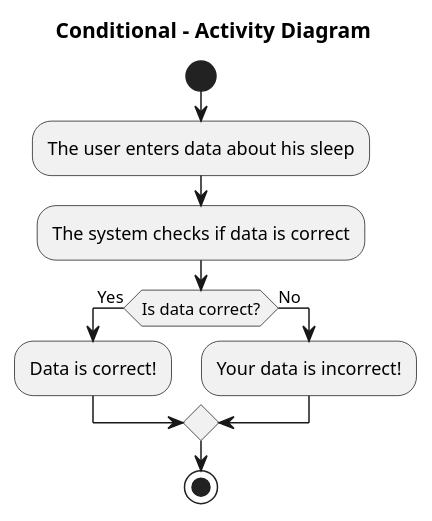
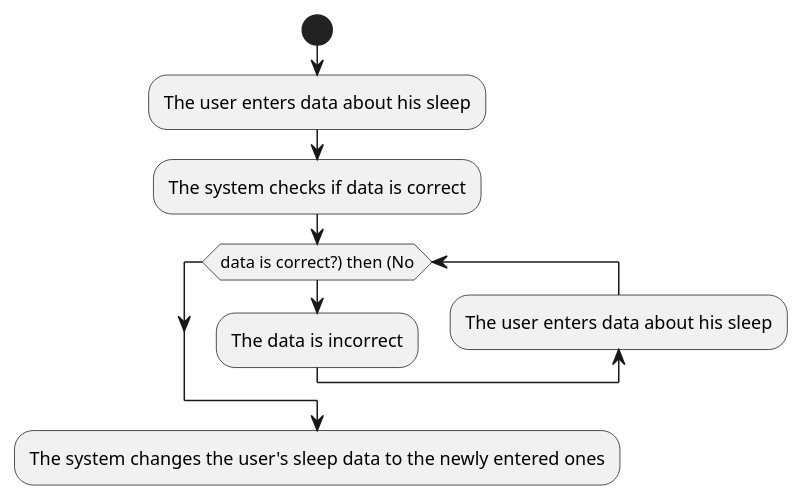
Before and after one commit to oleksandrblazhko/eai205-boychuk: the diagram in 2-SoftwareDesign/2.7-PlantUML/UML-Activity.puml, drawn with PlantUML.

```diff
--- a/2-SoftwareDesign/2.7-PlantUML/UML-Activity.puml
+++ b/2-SoftwareDesign/2.7-PlantUML/UML-Activity.puml
@@ -1,19 +1,13 @@
 @startuml
-
-title Conditional - Activity Diagram 
-
 start
 
 :The user enters data about his sleep;
 :The system checks if data is correct;
 
-if (Is data correct?) then (Yes)
-  :Data is correct!;
-else (No)
-  :Your data is incorrect!;
-endif
-
-
-stop
+while (data is correct?) then (No)
+  :The data is incorrect;
+  backward :The user enters data about his sleep;
+endwhile
+:The system changes the user's sleep data to the newly entered ones;
 
 @enduml
```
